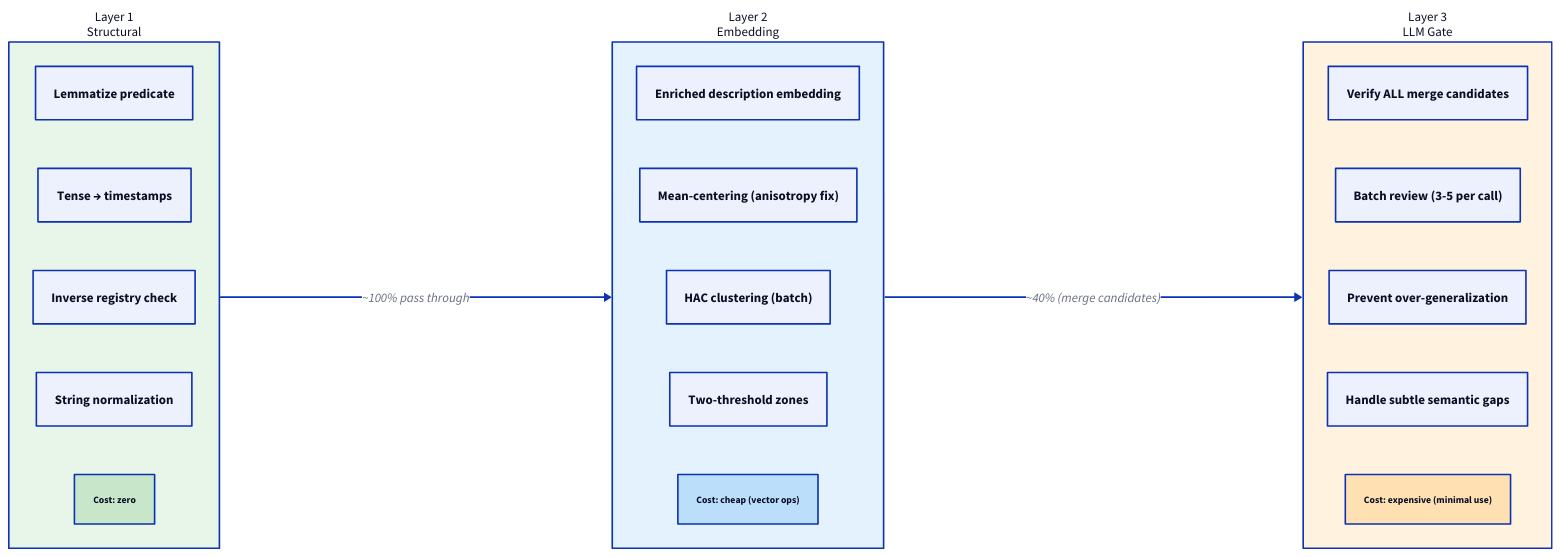
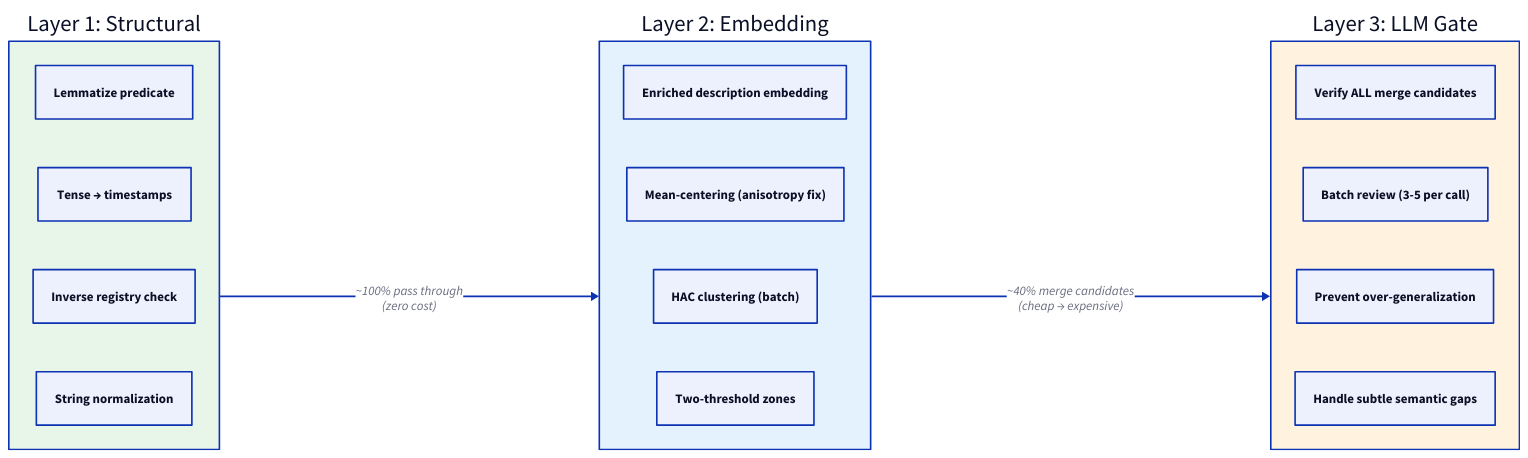
The first of 5 diagrams in docs/design/living-ontology.md (brucemckayone/knowledge-memory-system), drawn with D2 before and after one commit. The commit also changed other lines of this file and 1 other file, not shown here.

Commit message:
fix: D2 diagram syntax — remove cross-container edges
D2 doesn't support edges between elements in different containers.
Flattened nested structures and removed cross-board references.

````diff
--- a/docs/design/living-ontology.md
+++ b/docs/design/living-ontology.md
@@ -98,36 +98,30 @@
 ```d2
 direction: right
 
-L1: "Layer 1\nStructural" {
+L1: "Layer 1: Structural" {
   style.fill: "#e8f5e9"
-  style.font-size: 16
   a: "Lemmatize predicate"
   b: "Tense → timestamps"
   c: "Inverse registry check"
   d: "String normalization"
-  cost: "Cost: zero" {style.fill: "#c8e6c9"; style.font-size: 12}
 }
 
-L2: "Layer 2\nEmbedding" {
+L2: "Layer 2: Embedding" {
   style.fill: "#e3f2fd"
-  style.font-size: 16
   a: "Enriched description embedding"
   b: "Mean-centering (anisotropy fix)"
   c: "HAC clustering (batch)"
   d: "Two-threshold zones"
-  cost: "Cost: cheap (vector ops)" {style.fill: "#bbdefb"; style.font-size: 12}
 }
 
-L3: "Layer 3\nLLM Gate" {
+L3: "Layer 3: LLM Gate" {
   style.fill: "#fff3e0"
-  style.font-size: 16
   a: "Verify ALL merge candidates"
   b: "Batch review (3-5 per call)"
   c: "Prevent over-generalization"
   d: "Handle subtle semantic gaps"
-  cost: "Cost: expensive (minimal use)" {style.fill: "#ffe0b2"; style.font-size: 12}
 }
 
-L1 -> L2: "~100% pass through"
-L2 -> L3: "~40% (merge candidates)"
+L1 -> L2: "~100% pass through\n(zero cost)"
+L2 -> L3: "~40% merge candidates\n(cheap → expensive)"
 ```
````
